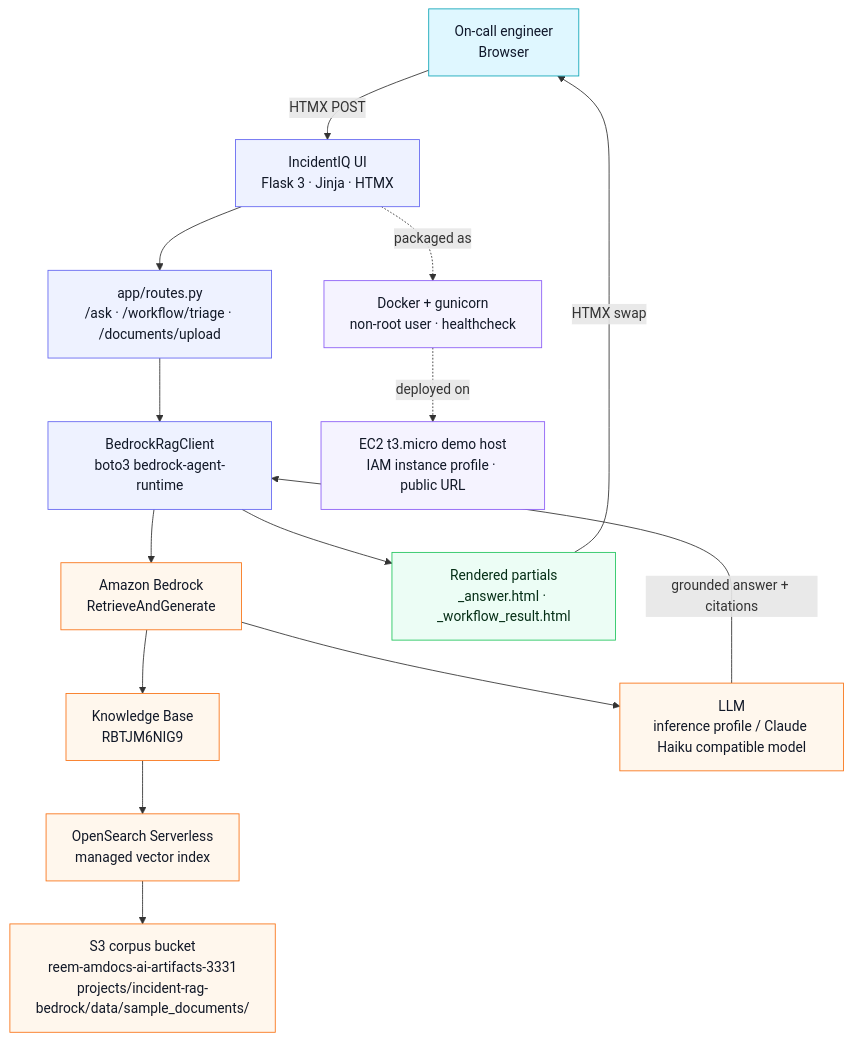
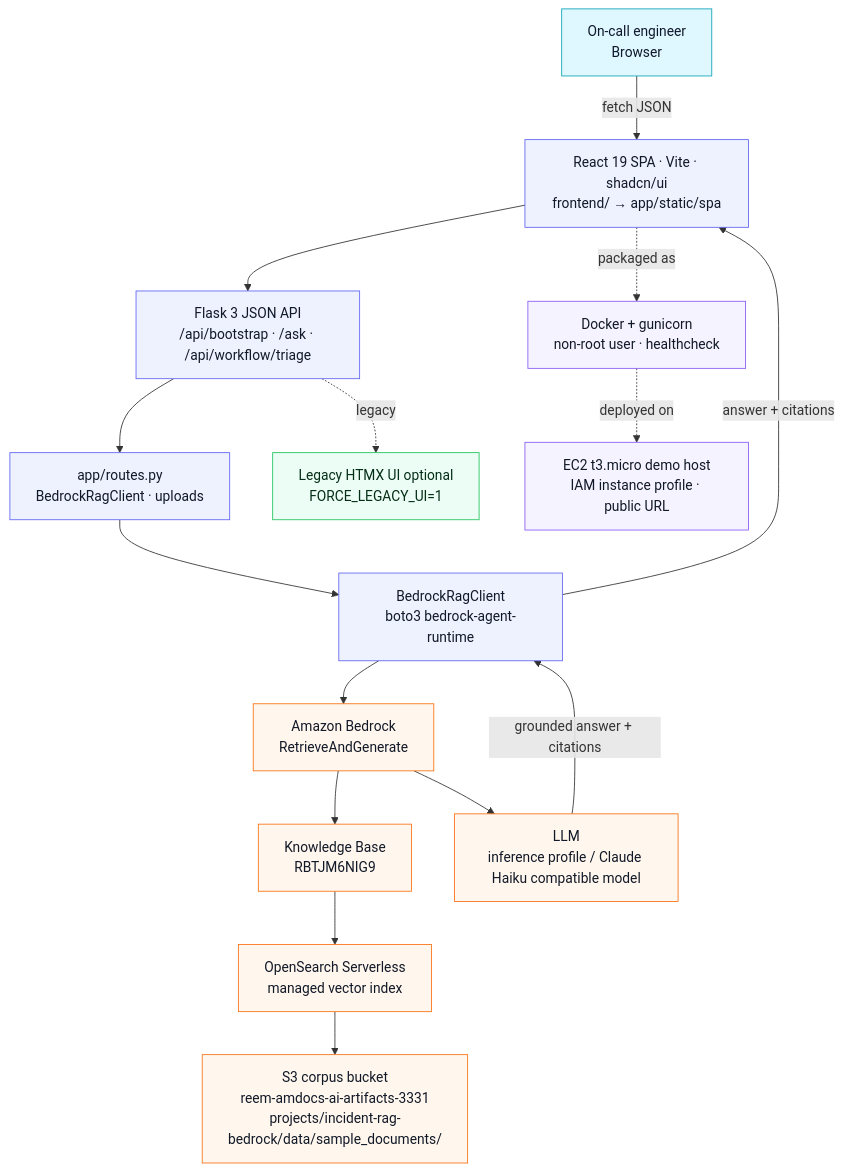
One commit to reem-mor/ai-engineering-portfolio changed the diagram in projects/incident-rag-bedrock/README.md. Above: the diagram before and after it, drawn with Mermaid. The commit also changed other lines of this file and 103 other files, not shown here.

First line of the commit message:
Enhance incident-rag-bedrock with SPA integration and backend improvements

````diff
--- a/projects/incident-rag-bedrock/README.md
+++ b/projects/incident-rag-bedrock/README.md
@@ -35,41 +35,43 @@
 ```mermaid
 flowchart TD
     user["On-call engineer<br/>Browser"]
-    ui["IncidentIQ UI<br/>Flask 3 · Jinja · HTMX"]
-    routes["app/routes.py<br/>/ask · /workflow/triage · /documents/upload"]
+    spa["React 19 SPA · Vite · shadcn/ui<br/>frontend/ → app/static/spa"]
+    api["Flask 3 JSON API<br/>/api/bootstrap · /ask · /api/workflow/triage"]
+    routes["app/routes.py<br/>BedrockRagClient · uploads"]
     rag["BedrockRagClient<br/>boto3 bedrock-agent-runtime"]
     bedrock["Amazon Bedrock<br/>RetrieveAndGenerate"]
     kb["Knowledge Base<br/>RBTJM6NIG9"]
     vector["OpenSearch Serverless<br/>managed vector index"]
     s3["S3 corpus bucket<br/>reem-amdocs-ai-artifacts-3331<br/>projects/incident-rag-bedrock/data/sample_documents/"]
     model["LLM<br/>inference profile / Claude Haiku compatible model"]
-    partials["Rendered partials<br/>_answer.html · _workflow_result.html"]
+    legacy["Legacy HTMX UI optional<br/>FORCE_LEGACY_UI=1"]
     docker["Docker + gunicorn<br/>non-root user · healthcheck"]
     ec2["EC2 t3.micro demo host<br/>IAM instance profile · public URL"]
 
-    user -->|"HTMX POST"| ui
-    ui --> routes
+    user -->|"fetch JSON"| spa
+    spa --> api
+    api --> routes
     routes --> rag
     rag --> bedrock
     bedrock --> kb
     kb --> vector
     vector --> s3
     bedrock --> model
     model -->|"grounded answer + citations"| rag
-    rag --> partials
-    partials -->|"HTMX swap"| user
-    ui -. packaged as .-> docker
+    rag -->|"answer + citations"| spa
+    api -. legacy .-> legacy
+    spa -. packaged as .-> docker
     docker -. deployed on .-> ec2
 
     classDef browser fill:#dff7ff,stroke:#0ea5b7,color:#0f172a
     classDef app fill:#eef2ff,stroke:#6366f1,color:#111827
     classDef aws fill:#fff7ed,stroke:#f97316,color:#111827
     classDef answer fill:#ecfdf5,stroke:#22c55e,color:#052e16
     classDef deploy fill:#f5f3ff,stroke:#8b5cf6,color:#111827
 
     class user browser
-    class ui,routes,rag app
+    class spa,api,routes,rag app
     class bedrock,kb,vector,s3,model aws
-    class partials answer
+    class legacy answer
     class docker,ec2 deploy
 ```
````
